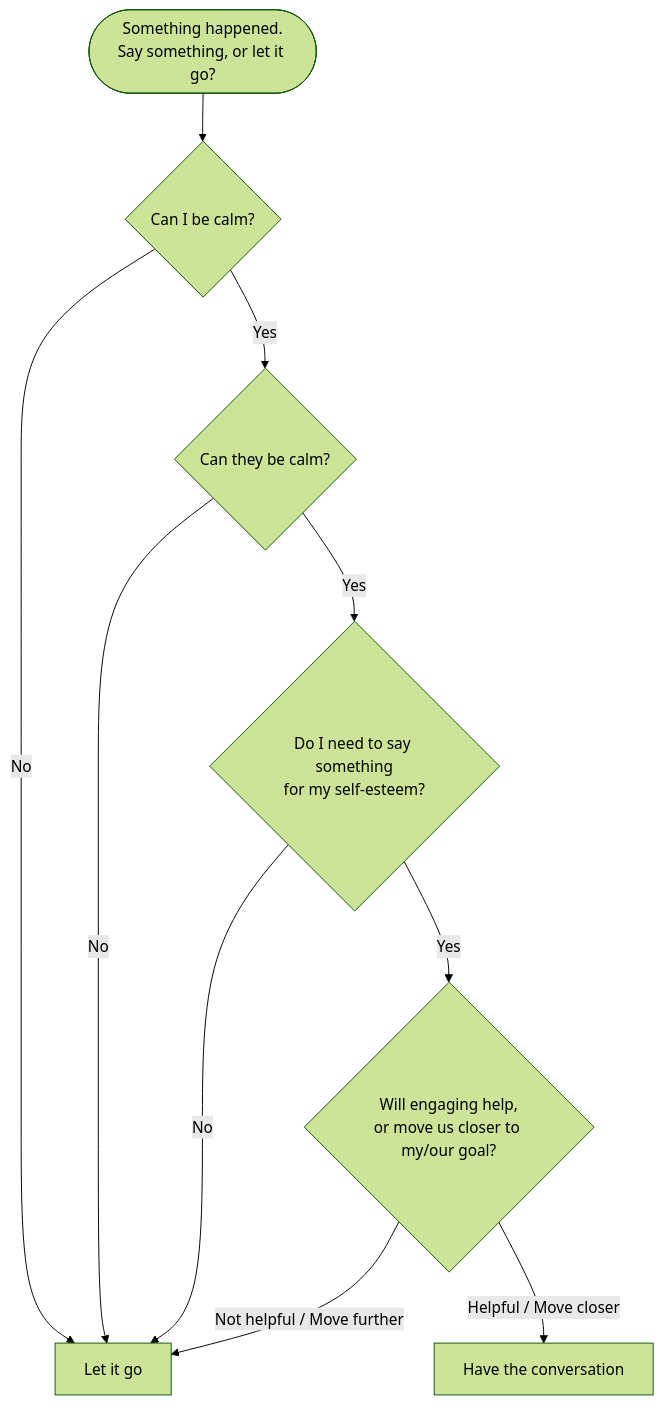
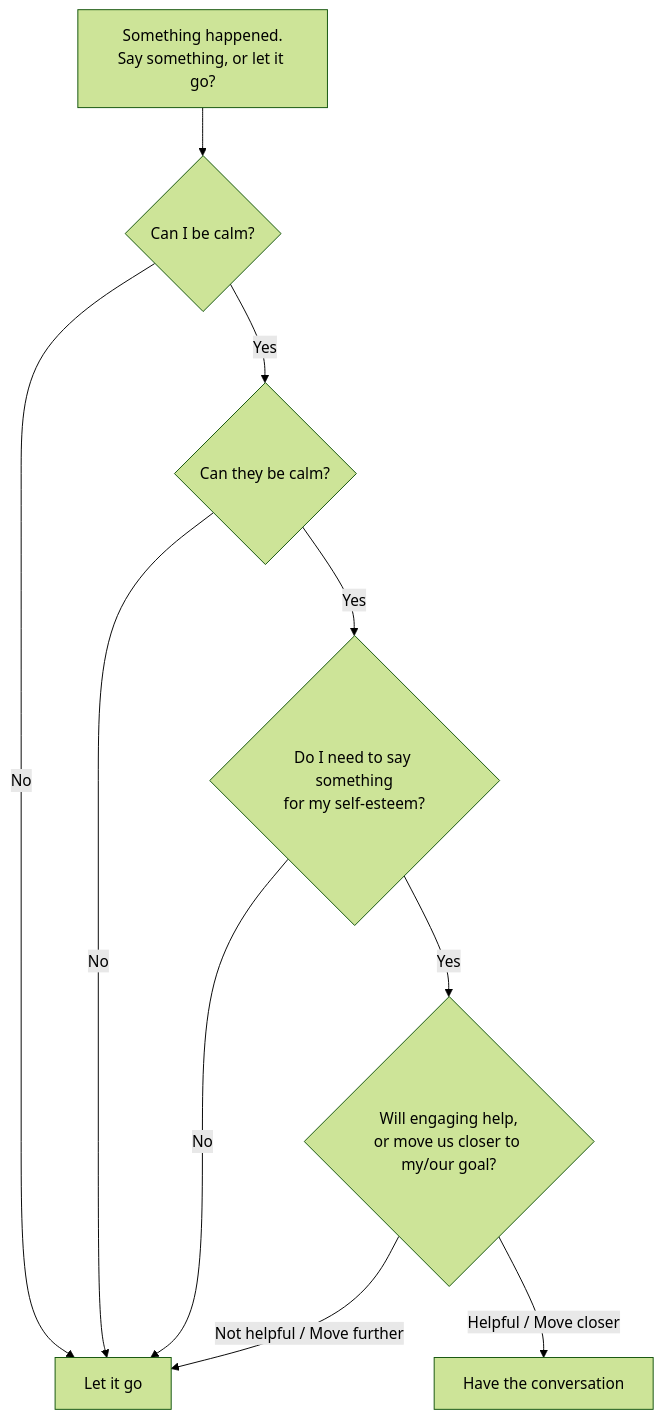
Before and after one commit to matkatmusic/relationship-mermaid: the diagram in diagrams/say-something-or-let-it-go.mmd, drawn with Mermaid (forest theme). The commit also changed 3 other files, not shown here.

```diff
--- a/diagrams/say-something-or-let-it-go.mmd
+++ b/diagrams/say-something-or-let-it-go.mmd
@@ -1,11 +1,18 @@
 flowchart TD
-  Start(["Something happened.<br/>Say something, or let it go?"])
-  Start --> Q1{"Can I be calm?"}
-  Q1 -- No --> LetGo["Let it go"]
-  Q1 -- Yes --> Q2{"Can they be calm?"}
-  Q2 -- No --> LetGo
-  Q2 -- Yes --> Q3{"Do I need to say something<br/>for my self-esteem?"}
-  Q3 -- No --> LetGo
-  Q3 -- Yes --> Q4{"Will engaging help,<br/>or move us closer to my/our goal?"}
-  Q4 -- "Not helpful / Move further" --> LetGo
-  Q4 -- "Helpful / Move closer" --> HaveConvo["Have the conversation"]
+  B_Start["Something happened.<br/>Say something, or let it go?"]
+  Q_Q1{"Can I be calm?"}
+  B_LetGo["Let it go"]
+  Q_Q2{"Can they be calm?"}
+  Q_Q3{"Do I need to say something<br/>for my self-esteem?"}
+  Q_Q4{"Will engaging help,<br/>or move us closer to my/our goal?"}
+  B_HaveConvo["Have the conversation"]
+
+  B_Start --> Q_Q1
+  Q_Q1 -- No --> B_LetGo
+  Q_Q1 -- Yes --> Q_Q2
+  Q_Q2 -- No --> B_LetGo
+  Q_Q2 -- Yes --> Q_Q3
+  Q_Q3 -- No --> B_LetGo
+  Q_Q3 -- Yes --> Q_Q4
+  Q_Q4 -- "Not helpful / Move further" --> B_LetGo
+  Q_Q4 -- "Helpful / Move closer" --> B_HaveConvo
```
